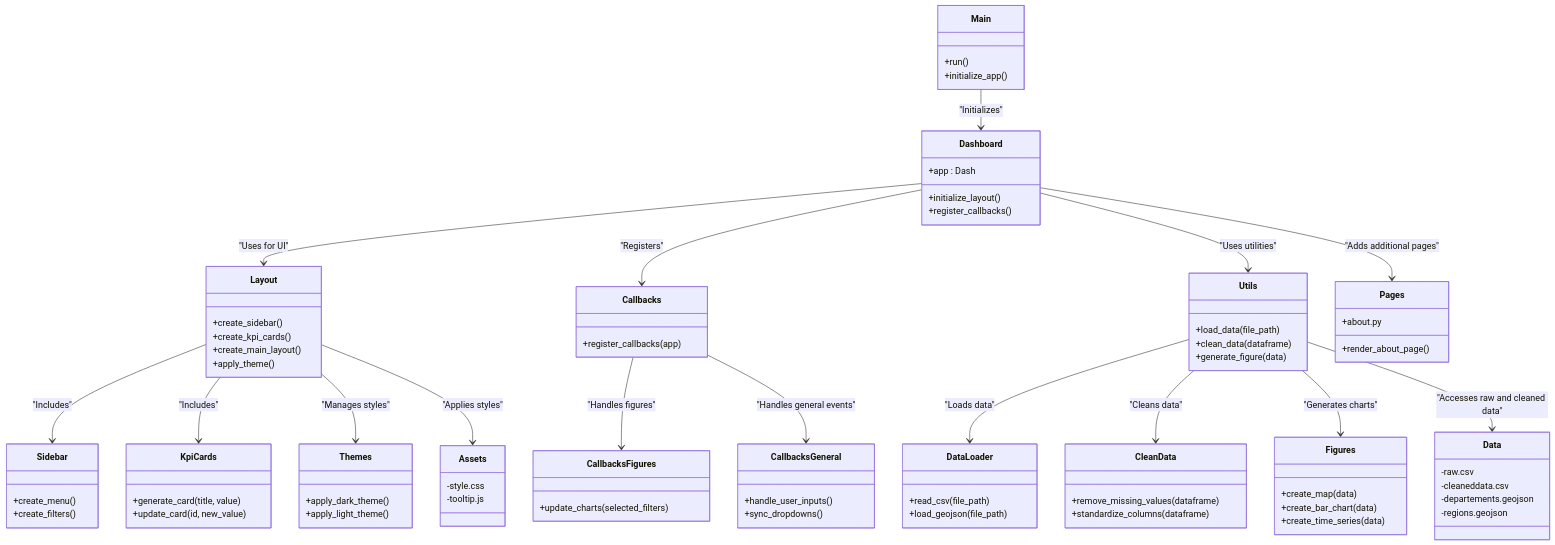
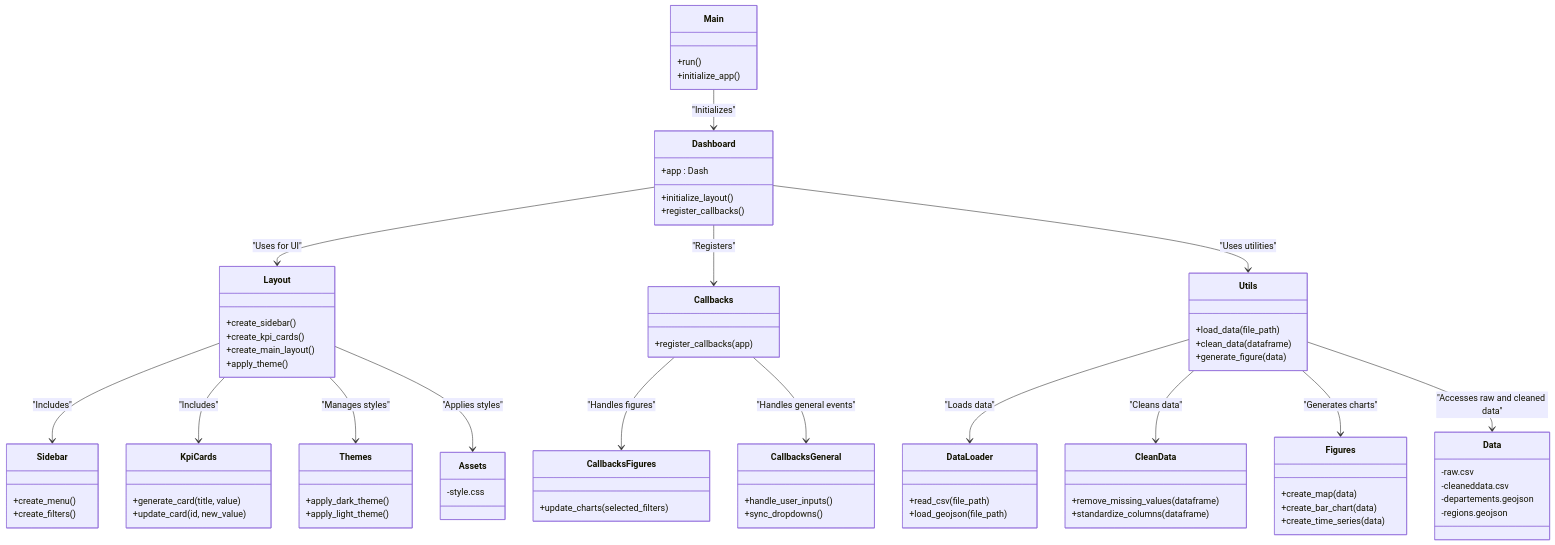
The diagram in README.md (Zedoww/MiniProjet), drawn with Mermaid before and after one commit.

````diff
--- a/README.md
+++ b/README.md
@@ -124,17 +124,12 @@
     }
     class Assets {
         -style.css
-        -tooltip.js
     }
     class Data {
         -raw.csv
         -cleaneddata.csv
         -departements.geojson
         -regions.geojson
-    }
-    class Pages {
-        +about.py
-        +render_about_page()
     }
 
     Main --> Dashboard : "Initializes"
@@ -149,7 +144,6 @@
     Utils --> DataLoader : "Loads data"
     Utils --> CleanData : "Cleans data"
     Utils --> Figures : "Generates charts"
-    Dashboard --> Pages : "Adds additional pages"
     Utils --> Data : "Accesses raw and cleaned data"
     Layout --> Assets : "Applies styles"
 ```
````
